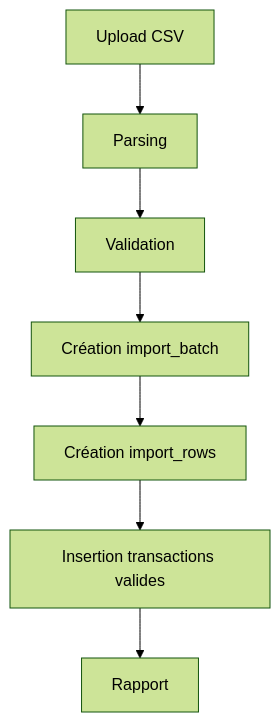
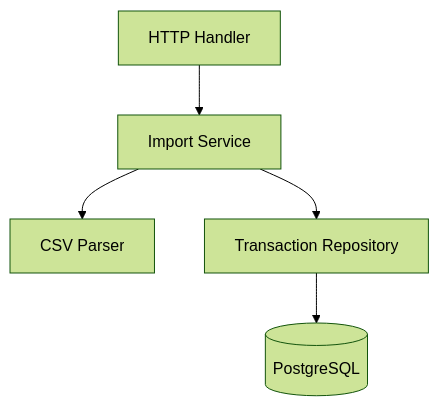
One commit to Zinervale/Noversia changed the diagram in docs/02-product/csv-import.md. Above: the diagram before and after it, drawn with Mermaid (forest theme). The commit also changed other lines of this file and 20 other files, not shown here.

Commit message:
refactor(transactions): split CSV import into module layers

````diff
--- a/docs/02-product/csv-import.md
+++ b/docs/02-product/csv-import.md
@@ -12,9 +7,7 @@
 ```mermaid
 flowchart TD
-    A[Upload CSV] --> B[Parsing]
-    B --> C[Validation]
-    C --> D[Création import_batch]
-    D --> E[Création import_rows]
-    E --> F[Insertion transactions valides]
-    F --> G[Rapport]
+    H[HTTP Handler] --> S[Import Service]
+    S --> P[CSV Parser]
+    S --> R[Transaction Repository]
+    R --> DB[(PostgreSQL)]
 ```
````
